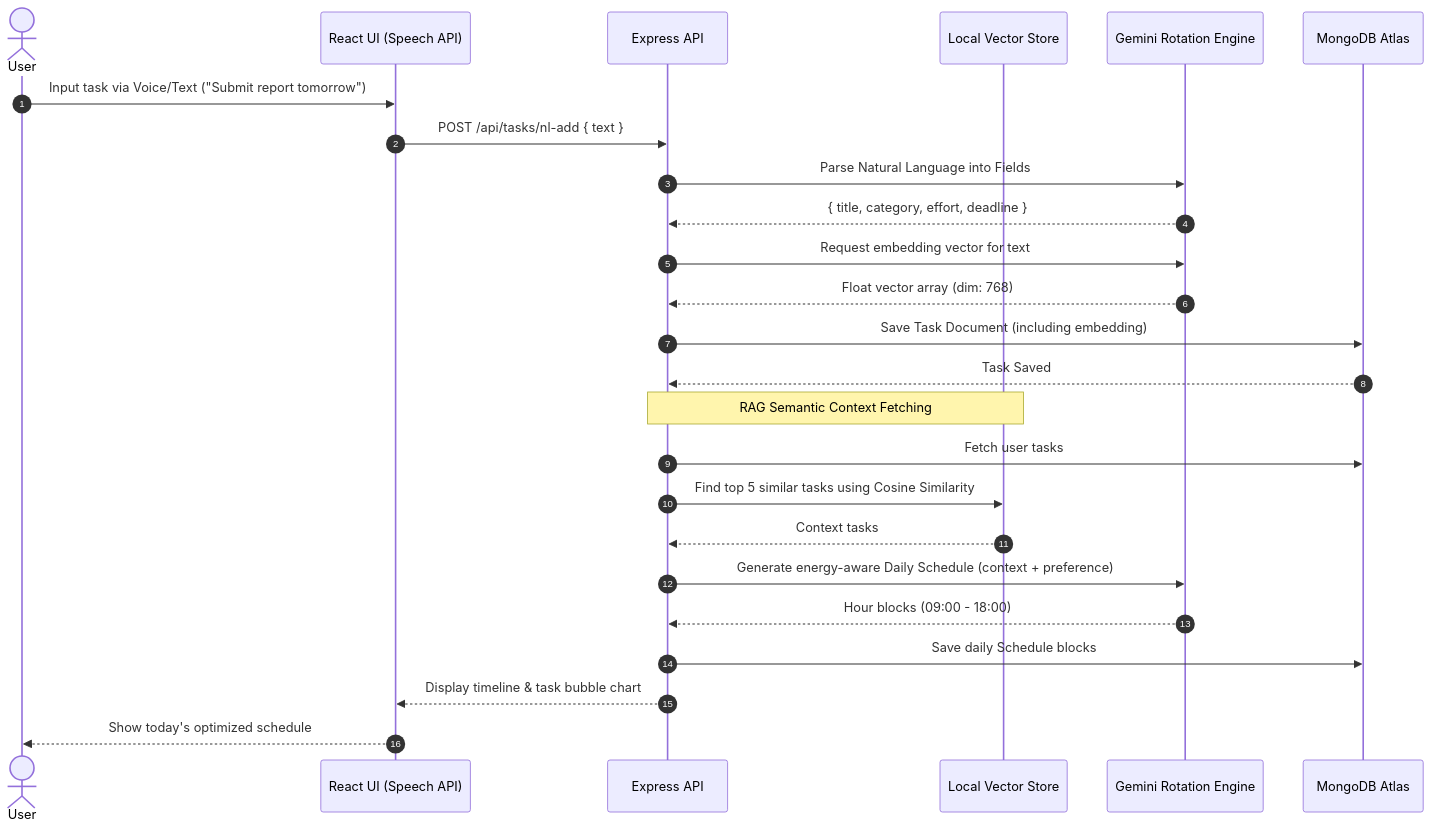
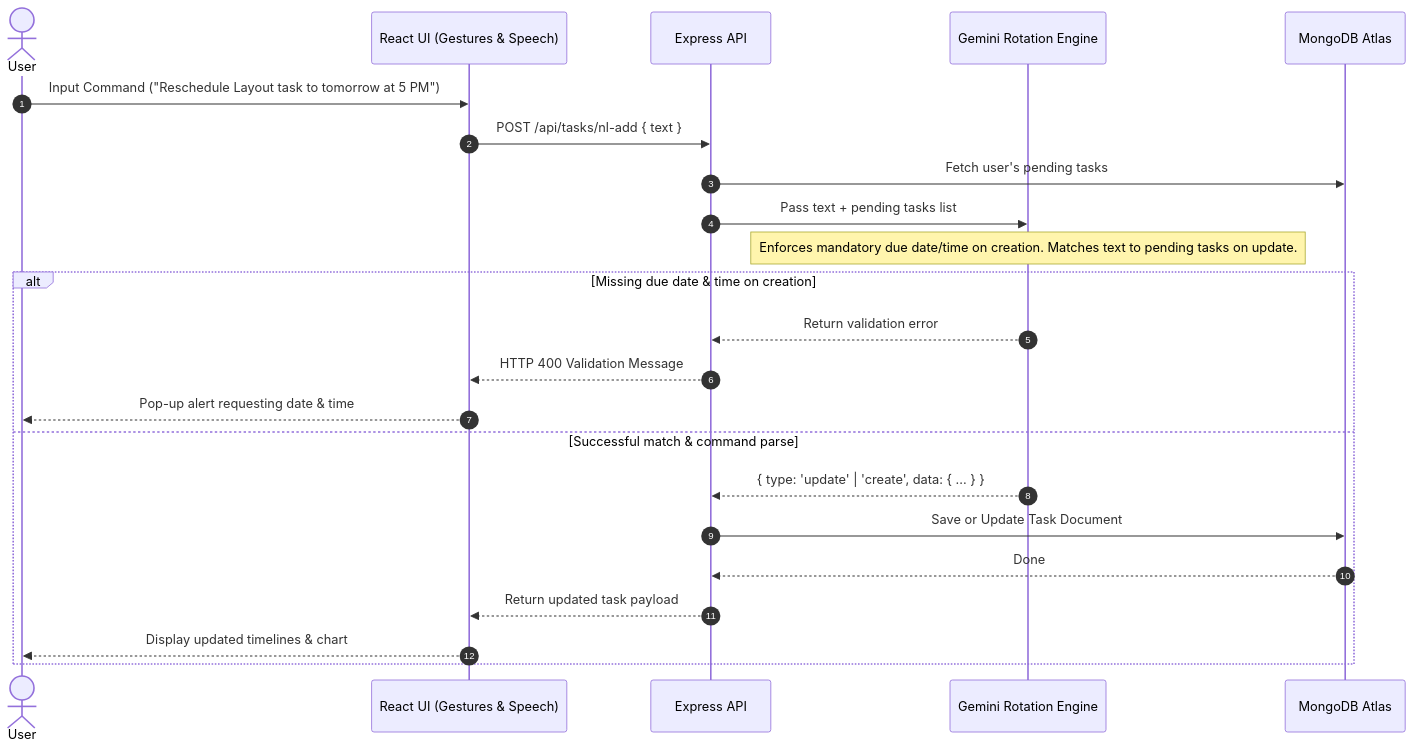
The second of 2 diagrams in README.md (nomaantalib/TASKPing), drawn with Mermaid before and after one commit. The commit also changed other lines of this file, not shown here.

Commit message:
Update README.md with MVC workflow, interactive right sidebar gestures, and notification fallbacks

````diff
--- a/README.md
+++ b/README.md
@@ -75,29 +73,27 @@
 ```mermaid
 sequenceDiagram
     autonumber
     actor User
-    participant App as React UI (Speech API)
+    participant App as React UI (Gestures & Speech)
     participant API as Express API
-    participant RAG as Local Vector Store
     participant Gemini as Gemini Rotation Engine
     participant DB as MongoDB Atlas
 
-    User->>App: Input task via Voice/Text ("Submit report tomorrow")
+    User->>App: Input Command ("Reschedule Layout task to tomorrow at 5 PM")
     App->>API: POST /api/tasks/nl-add { text }
-    API->>Gemini: Parse Natural Language into Fields
-    Gemini-->>API: { title, category, effort, deadline }
-    API->>Gemini: Request embedding vector for text
-    Gemini-->>API: Float vector array (dim: 768)
-    API->>DB: Save Task Document (including embedding)
-    DB-->>API: Task Saved
+    API->>DB: Fetch user's pending tasks
+    API->>Gemini: Pass text + pending tasks list
+    Note over Gemini: Enforces mandatory due date/time on creation. Matches text to pending tasks on update.
     
-    Note over API,RAG: RAG Semantic Context Fetching
-    API->>DB: Fetch user tasks
-    API->>RAG: Find top 5 similar tasks using Cosine Similarity
-    RAG-->>API: Context tasks
-    API->>Gemini: Generate energy-aware Daily Schedule (context + preference)
-    Gemini-->>API: Hour blocks (09:00 - 18:00)
-    API->>DB: Save daily Schedule blocks
-    API-->>App: Display timeline & task bubble chart
-    App-->>User: Show today's optimized schedule
+    alt Missing due date & time on creation
+        Gemini-->>API: Return validation error
+        API-->>App: HTTP 400 Validation Message
+        App-->>User: Pop-up alert requesting date & time
+    else Successful match & command parse
+        Gemini-->>API: { type: 'update' | 'create', data: { ... } }
+        API->>DB: Save or Update Task Document
+        DB-->>API: Done
+        API-->>App: Return updated task payload
+        App-->>User: Display updated timelines & chart
+    end
 ```
````
